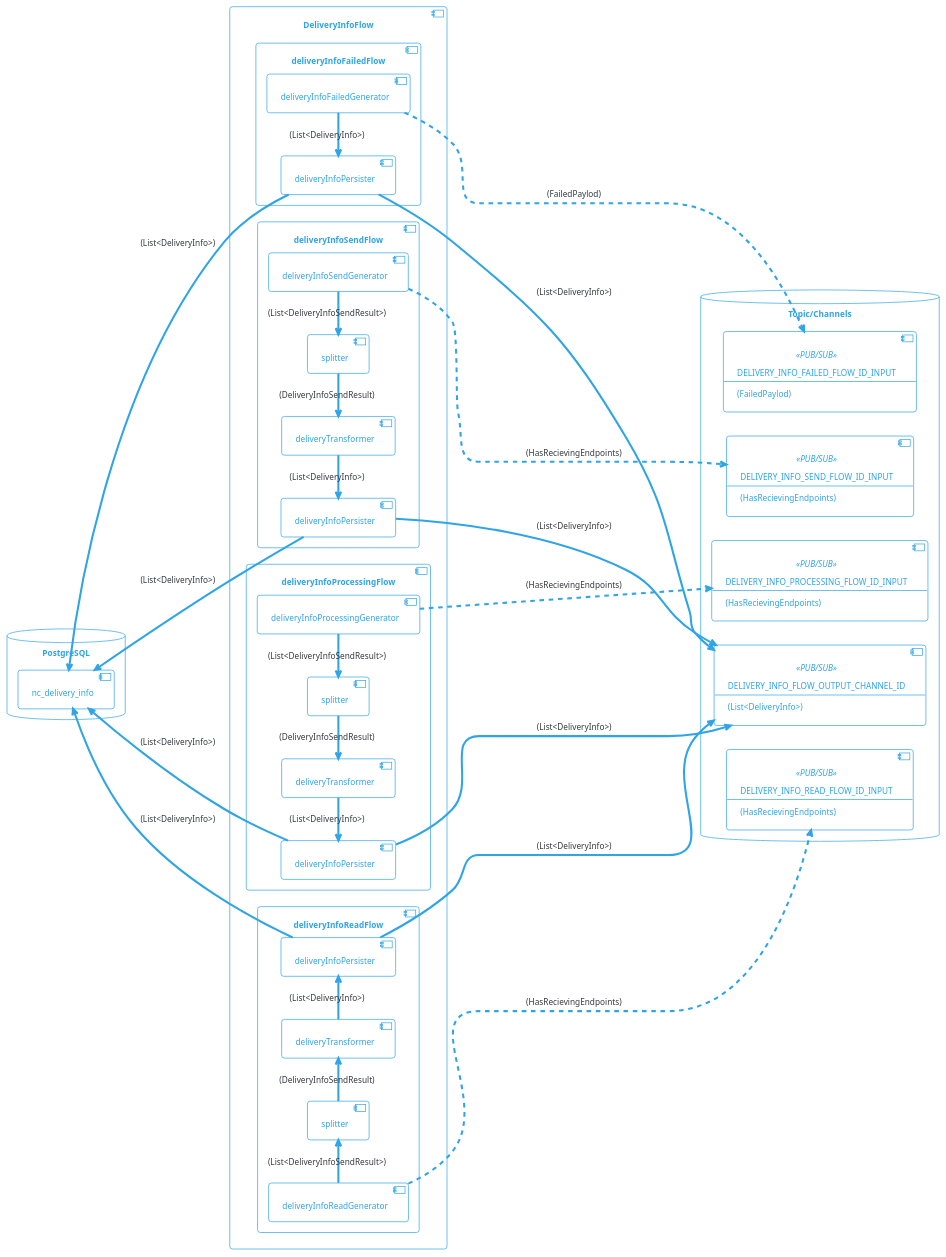
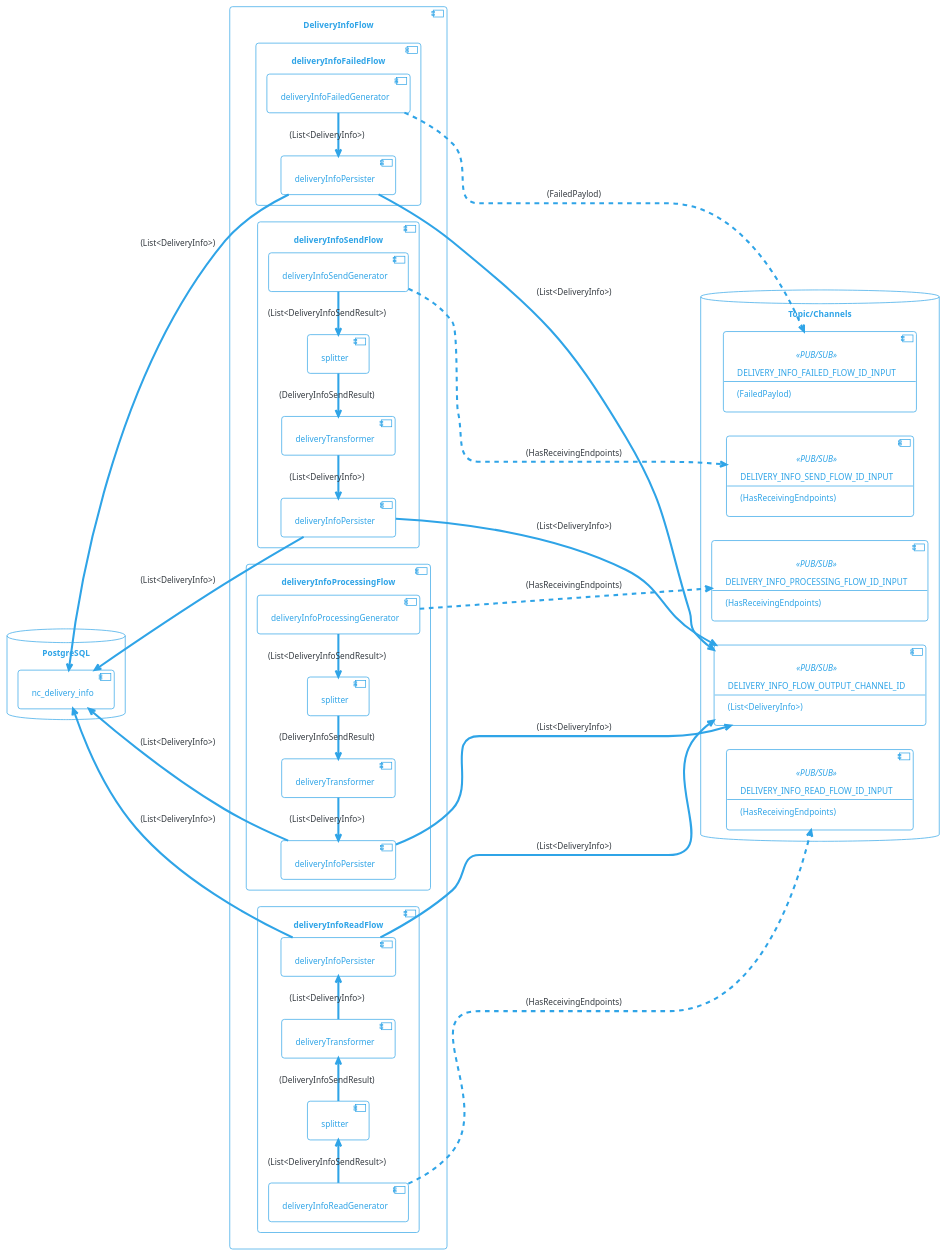
Before and after one commit to com-obj/notiflow: the diagram in docs/diagrams/src/delivery-info-flow.puml, drawn with PlantUML. The commit also changed 190 other files, not shown here.

```diff
--- a/docs/diagrams/src/delivery-info-flow.puml
+++ b/docs/diagrams/src/delivery-info-flow.puml
@@ -1,110 +1,110 @@
 @startuml
 
 !theme cerulean-outline
 
 left to right direction
 
 skinparam backgroundcolor White
 skinparam component {
     backgroundColor<<user defined>> LightGray
 }
 
 
 
 database "PostgreSQL" {
     [nc_delivery_info]
 }
 
 database "Topic/Channels" {
     component DELIVERY_INFO_PROCESSING_FLOW_ID_INPUT<<PUB/SUB>>  [
         DELIVERY_INFO_PROCESSING_FLOW_ID_INPUT
         --
-        (HasRecievingEndpoints)
+        (HasReceivingEndpoints)
     ]
     component DELIVERY_INFO_SEND_FLOW_ID_INPUT<<PUB/SUB>>  [
         DELIVERY_INFO_SEND_FLOW_ID_INPUT
         --
-        (HasRecievingEndpoints)
+        (HasReceivingEndpoints)
     ]
     component DELIVERY_INFO_READ_FLOW_ID_INPUT<<PUB/SUB>>  [
         DELIVERY_INFO_READ_FLOW_ID_INPUT
         --
-        (HasRecievingEndpoints)
+        (HasReceivingEndpoints)
     ]
     component DELIVERY_INFO_FAILED_FLOW_ID_INPUT<<PUB/SUB>> [
         DELIVERY_INFO_FAILED_FLOW_ID_INPUT
         --
         (FailedPaylod)
     ]
 
     component DELIVERY_INFO_FLOW_OUTPUT_CHANNEL_ID<<PUB/SUB>> [
         DELIVERY_INFO_FLOW_OUTPUT_CHANNEL_ID
         --
         (List<DeliveryInfo>)
     ]
     
 }
 
 component "DeliveryInfoFlow" {
     component deliveryInfoFailedFlow {        
         [deliveryInfoFailedGenerator]
         [deliveryInfoPersister] as dip_failed
 
         deliveryInfoFailedGenerator -> dip_failed: (List<DeliveryInfo>)
 
         deliveryInfoFailedGenerator ..> DELIVERY_INFO_FAILED_FLOW_ID_INPUT: (FailedPaylod)
         dip_failed -----> DELIVERY_INFO_FLOW_OUTPUT_CHANNEL_ID: (List<DeliveryInfo>)
 
         dip_failed -u-> nc_delivery_info: (List<DeliveryInfo>)
     }
 
     component deliveryInfoSendFlow {
         [deliveryInfoSendGenerator]
         [splitter] as dips_send
         [deliveryTransformer] as dt_send
         [deliveryInfoPersister] as dip_send
 
         deliveryInfoSendGenerator -l-> dips_send: (List<DeliveryInfoSendResult>)
         dips_send -l-> dt_send: (DeliveryInfoSendResult)
         dt_send -l-> dip_send: (List<DeliveryInfo>)
 
-        deliveryInfoSendGenerator ..> DELIVERY_INFO_SEND_FLOW_ID_INPUT: (HasRecievingEndpoints)
+        deliveryInfoSendGenerator ..> DELIVERY_INFO_SEND_FLOW_ID_INPUT: (HasReceivingEndpoints)
         dip_send -----> DELIVERY_INFO_FLOW_OUTPUT_CHANNEL_ID: (List<DeliveryInfo>)
     
         dip_send -u-> nc_delivery_info: (List<DeliveryInfo>)
     }
 
     component deliveryInfoProcessingFlow {
         [deliveryInfoProcessingGenerator]
         [splitter] as dips_processing
         [deliveryTransformer] as dt_processing
         [deliveryInfoPersister] as dip_processing
 
         deliveryInfoProcessingGenerator -l-> dips_processing: (List<DeliveryInfoSendResult>)
         dips_processing -l-> dt_processing: (DeliveryInfoSendResult)
         dt_processing -l-> dip_processing: (List<DeliveryInfo>)
 
-        deliveryInfoProcessingGenerator ..> DELIVERY_INFO_PROCESSING_FLOW_ID_INPUT: (HasRecievingEndpoints)
+        deliveryInfoProcessingGenerator ..> DELIVERY_INFO_PROCESSING_FLOW_ID_INPUT: (HasReceivingEndpoints)
         dip_processing -----> DELIVERY_INFO_FLOW_OUTPUT_CHANNEL_ID: (List<DeliveryInfo>)
     
         dip_processing -u-> nc_delivery_info: (List<DeliveryInfo>)
     }
 
     component deliveryInfoReadFlow {
         [deliveryInfoReadGenerator]
         [splitter] as dips_read
         [deliveryTransformer] as dt_read
         [deliveryInfoPersister] as dip_read
 
         deliveryInfoReadGenerator -> dips_read: (List<DeliveryInfoSendResult>)
         dips_read -> dt_read: (DeliveryInfoSendResult)
         dt_read -> dip_read: (List<DeliveryInfo>)
 
-        deliveryInfoReadGenerator ..> DELIVERY_INFO_READ_FLOW_ID_INPUT: (HasRecievingEndpoints)
+        deliveryInfoReadGenerator ..> DELIVERY_INFO_READ_FLOW_ID_INPUT: (HasReceivingEndpoints)
         dip_read -----> DELIVERY_INFO_FLOW_OUTPUT_CHANNEL_ID: (List<DeliveryInfo>)
     
         dip_read -u-> nc_delivery_info: (List<DeliveryInfo>)
     }
 }
 
 @enduml
```
